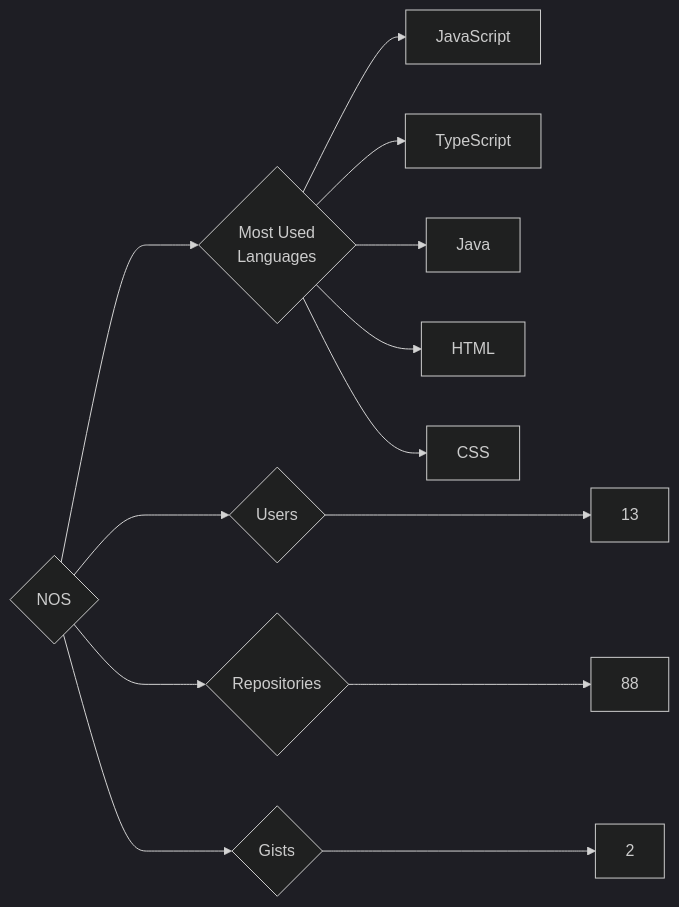
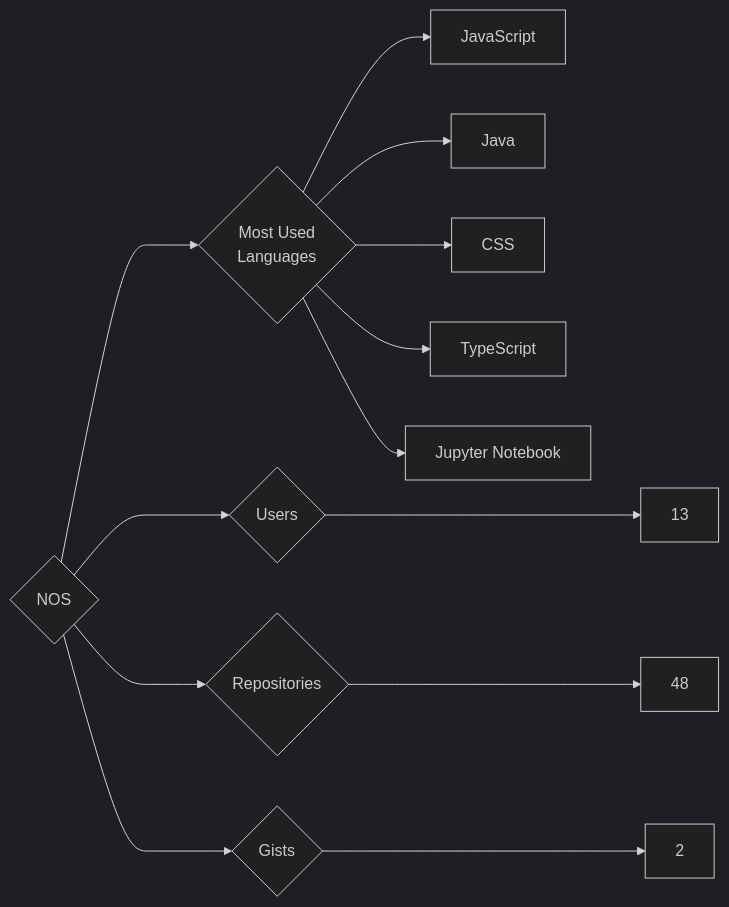
The diagram in targets/NOS/README.md (trickest/insiders), drawn with Mermaid (dark theme) before and after one commit. The commit also changed 928 other files, not shown here.

````diff
--- a/targets/NOS/README.md
+++ b/targets/NOS/README.md
@@ -3,13 +3,13 @@
 ```mermaid
 graph LR
 COMPANY_NAME{NOS}
 COMPANY_NAME ---> U{Users} ---> UN[13]
-COMPANY_NAME ---> R{Repositories} ---> RN[88]
+COMPANY_NAME ---> R{Repositories} ---> RN[48]
 COMPANY_NAME ---> G{Gists} ---> GN[2]
 COMPANY_NAME ---> ML{Most Used<br>Languages}
 ML --> JavaScript[JavaScript]
+ML --> Java[Java]
+ML --> CSS[CSS]
 ML --> TypeScript[TypeScript]
-ML --> Java[Java]
-ML --> HTML[HTML]
-ML --> CSS[CSS]
+ML --> Jupyter_Notebook[Jupyter Notebook]
 ```
````
